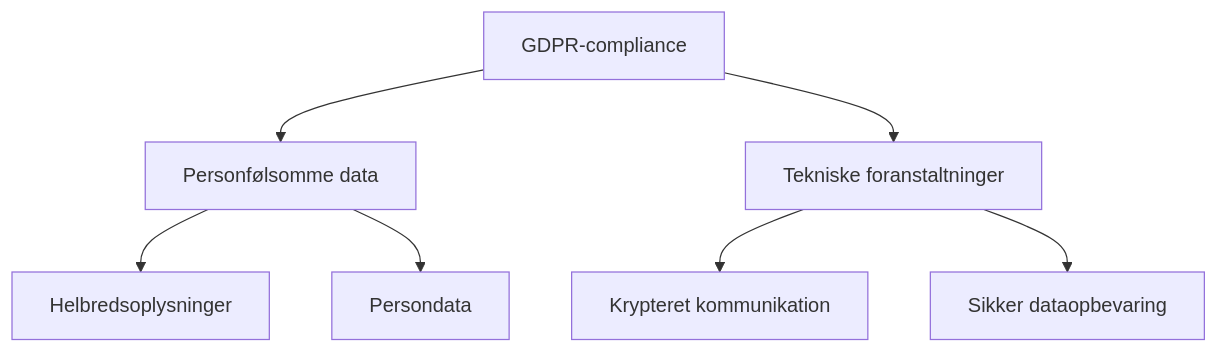
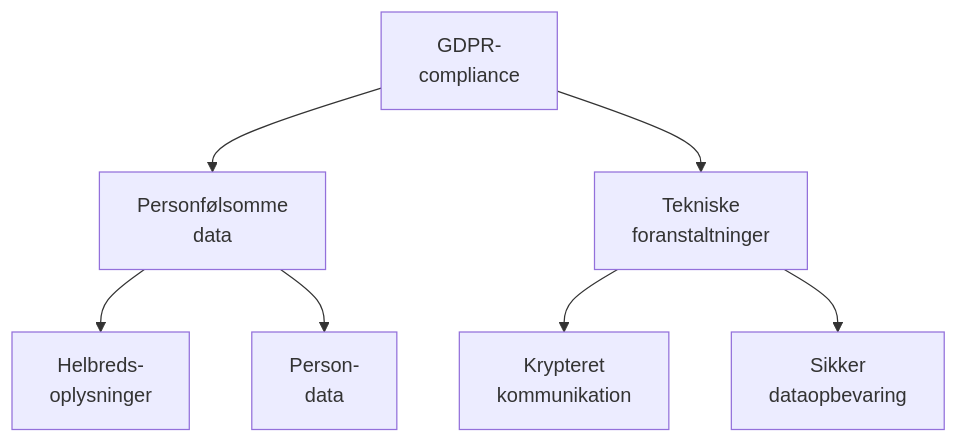
The fourth of 5 diagrams in forretningsplan.md (flight505/weight_loss), drawn with Mermaid before and after one commit. The commit also changed 1 other file, not shown here.

Commit message:
Enhance Mermaid diagram rendering and styling in business plan documentation
- Updated Mermaid diagram labels for improved readability with HTML line breaks.
- Configured Mermaid.js with enhanced flowchart settings for better text handling and layout.
- Adjusted theme variables for improved visual consistency, including font size and security level.
- Streamlined CSS class names in MarkdownContent for better maintainability.

````diff
--- a/forretningsplan.md
+++ b/forretningsplan.md
@@ -181,9 +181,9 @@
 ```mermaid
 graph TD
-    A[GDPR-compliance] --> B[Personfølsomme data]
-    A --> C[Tekniske foranstaltninger]
-    B --> D[Helbredsoplysninger]
-    B --> E[Persondata]
-    C --> F[Krypteret kommunikation]
-    C --> G[Sikker dataopbevaring]
+    A["GDPR-<br>compliance"] --> B["Personfølsomme<br>data"]
+    A --> C["Tekniske<br>foranstaltninger"]
+    B --> D["Helbreds-<br>oplysninger"]
+    B --> E["Person-<br>data"]
+    C --> F["Krypteret<br>kommunikation"]
+    C --> G["Sikker<br>dataopbevaring"]
 ```
````
